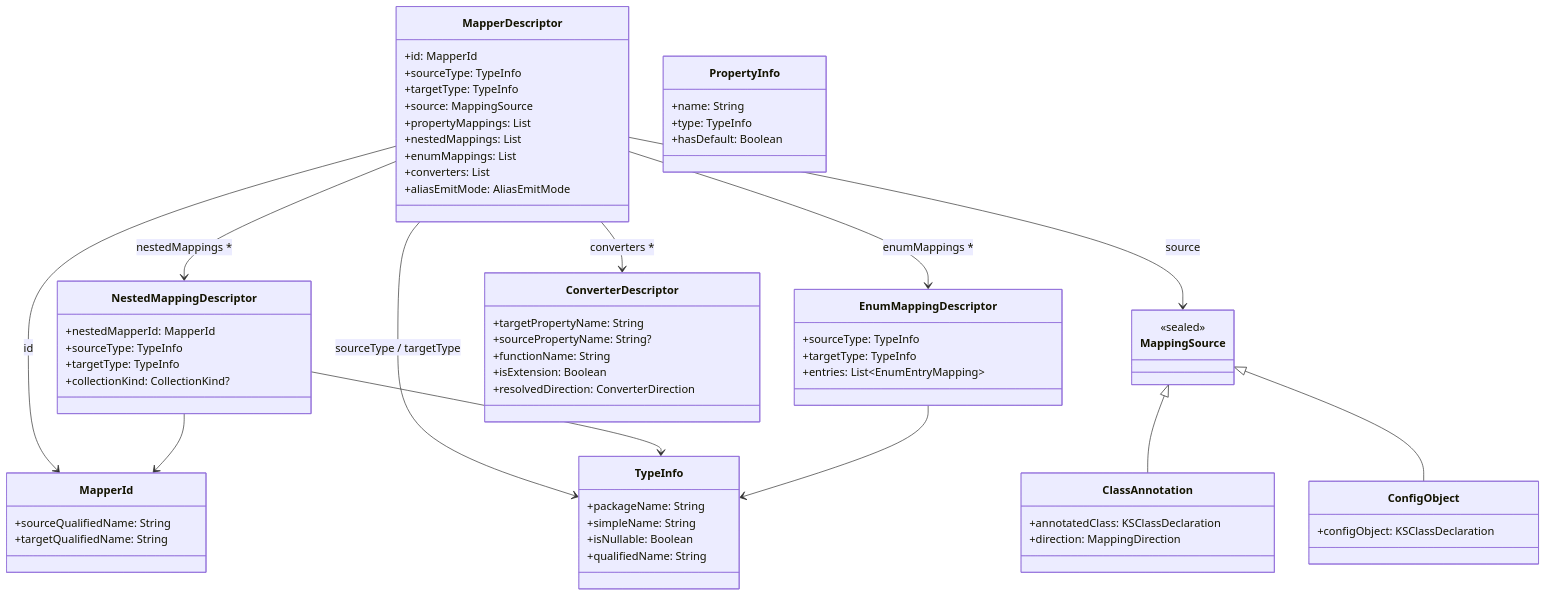
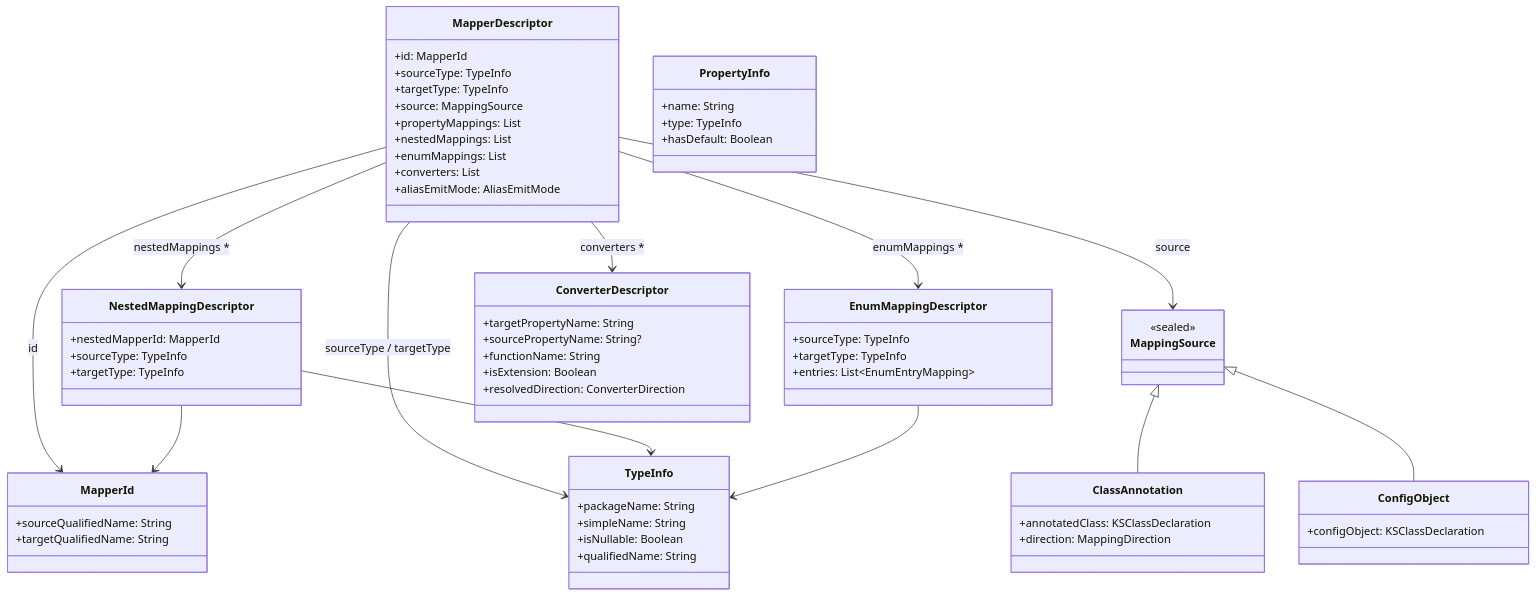
The second of 3 diagrams in docs/developer-guide/custom-code-generator.md (blu3berry-why/Kraft), drawn with Mermaid before and after one commit. The commit also changed other lines of this file and 59 other files, not shown here.

````diff
--- a/docs/developer-guide/custom-code-generator.md
+++ b/docs/developer-guide/custom-code-generator.md
@@ -86,76 +86,75 @@
 ```mermaid
 classDiagram
     direction TB
 
     class MapperDescriptor {
         +id: MapperId
         +sourceType: TypeInfo
         +targetType: TypeInfo
         +source: MappingSource
         +propertyMappings: List
         +nestedMappings: List
         +enumMappings: List
         +converters: List
         +aliasEmitMode: AliasEmitMode
     }
 
     class MapperId {
         +sourceQualifiedName: String
         +targetQualifiedName: String
     }
     class TypeInfo {
         +packageName: String
         +simpleName: String
         +isNullable: Boolean
         +qualifiedName: String
     }
     class PropertyInfo {
         +name: String
         +type: TypeInfo
         +hasDefault: Boolean
     }
 
     class MappingSource {
         <<sealed>>
     }
     class ClassAnnotation {
         +annotatedClass: KSClassDeclaration
         +direction: MappingDirection
     }
     class ConfigObject {
         +configObject: KSClassDeclaration
     }
 
     class NestedMappingDescriptor {
         +nestedMapperId: MapperId
         +sourceType: TypeInfo
         +targetType: TypeInfo
-        +collectionKind: CollectionKind?
     }
     class EnumMappingDescriptor {
         +sourceType: TypeInfo
         +targetType: TypeInfo
         +entries: List~EnumEntryMapping~
     }
     class ConverterDescriptor {
         +targetPropertyName: String
         +sourcePropertyName: String?
         +functionName: String
         +isExtension: Boolean
         +resolvedDirection: ConverterDirection
     }
 
     MapperDescriptor --> MapperId : id
     MapperDescriptor --> TypeInfo : sourceType / targetType
     MapperDescriptor --> MappingSource : source
     MapperDescriptor --> NestedMappingDescriptor : nestedMappings *
     MapperDescriptor --> EnumMappingDescriptor : enumMappings *
     MapperDescriptor --> ConverterDescriptor : converters *
 
     MappingSource <|-- ClassAnnotation
     MappingSource <|-- ConfigObject
 
     NestedMappingDescriptor --> MapperId
     NestedMappingDescriptor --> TypeInfo
     EnumMappingDescriptor --> TypeInfo
 ```
````
